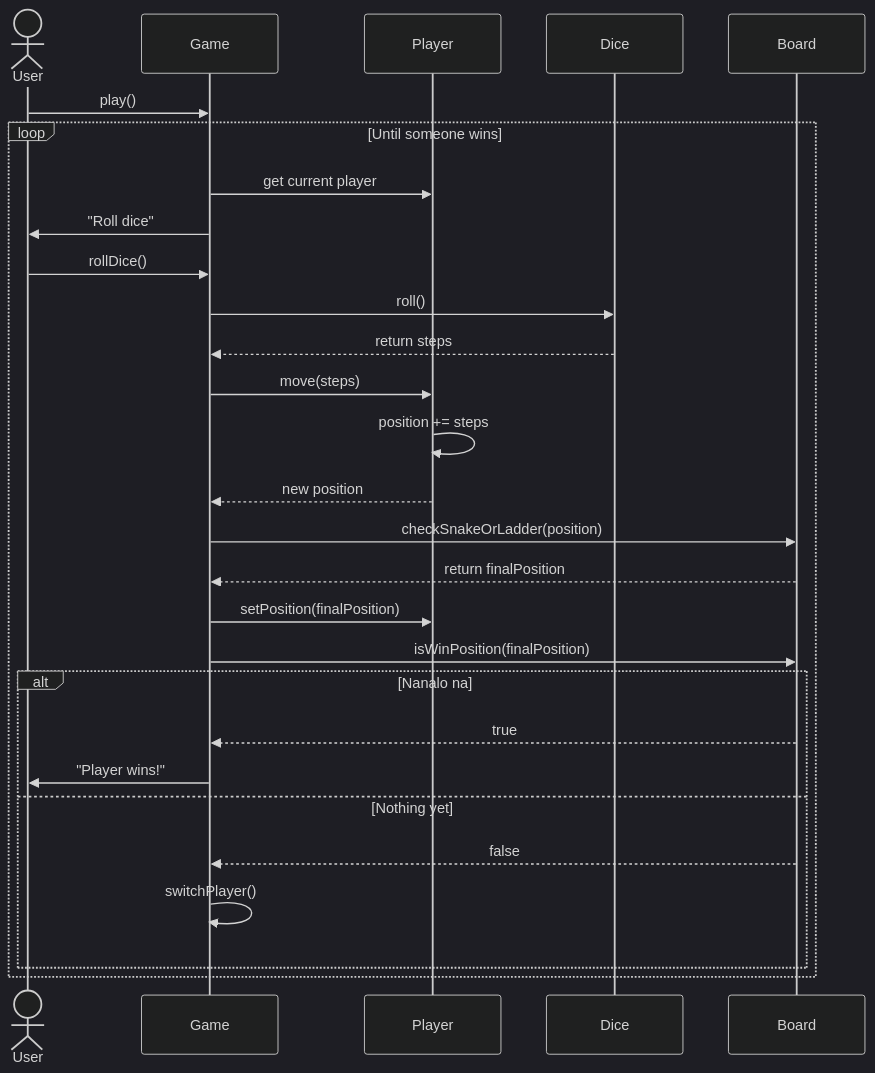
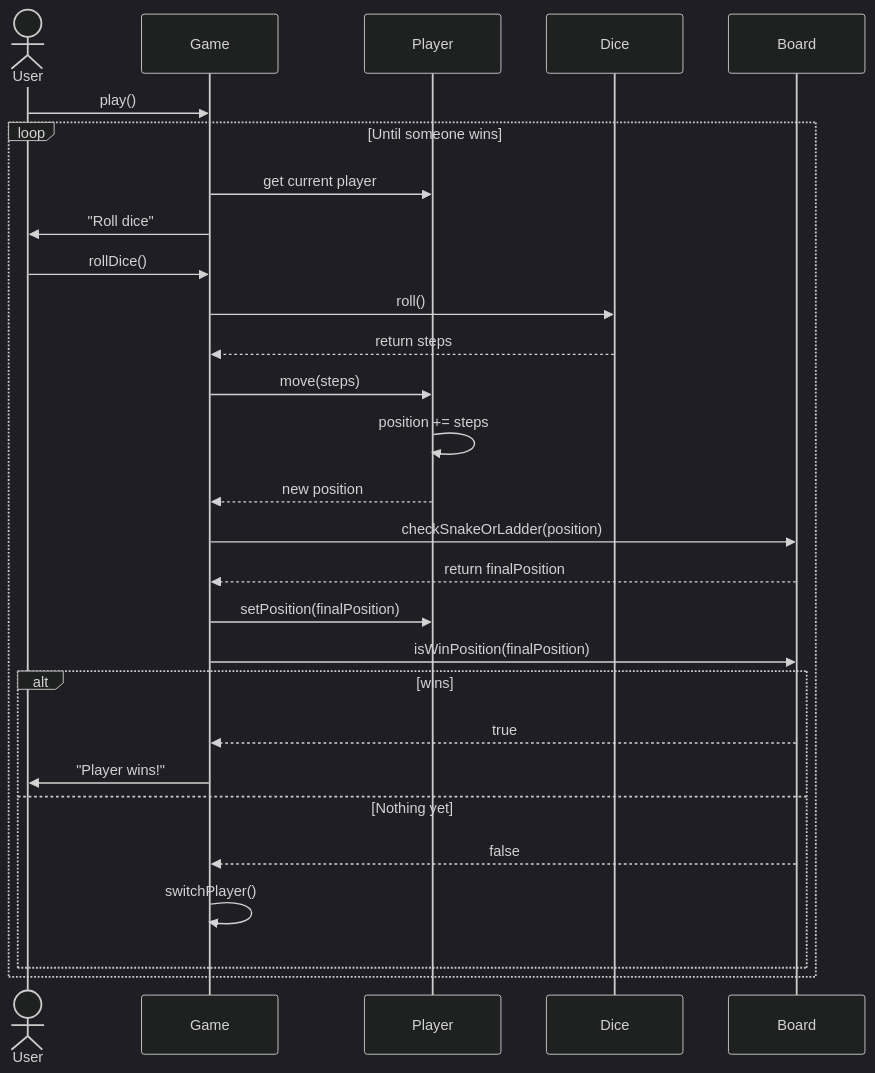
Before and after one commit to braynnorbigo-ui/Snake-Ladder-SBK: the second of 2 diagrams in README.md, drawn with Mermaid (dark theme).

Commit message:
Update 'Nanalo na' to 'wins' in README

````diff
--- a/README.md
+++ b/README.md
@@ -38,31 +38,31 @@
 ```mermaid
 sequenceDiagram
     actor User
     participant Game
     participant Player
     participant Dice
     participant Board
     
     User->>Game: play()
     loop Until someone wins
         Game->>Player: get current player
         Game->>User: "Roll dice"
         User->>Game: rollDice()
         Game->>Dice: roll()
         Dice-->>Game: return steps
         Game->>Player: move(steps)
         Player->>Player: position += steps
         Player-->>Game: new position
         Game->>Board: checkSnakeOrLadder(position)
         Board-->>Game: return finalPosition
         Game->>Player: setPosition(finalPosition)
         Game->>Board: isWinPosition(finalPosition)
-        alt Nanalo na
+        alt wins
             Board-->>Game: true
             Game->>User: "Player wins!"
         else Nothing yet
             Board-->>Game: false
             Game->>Game: switchPlayer()
         end
     end
 ```
````
